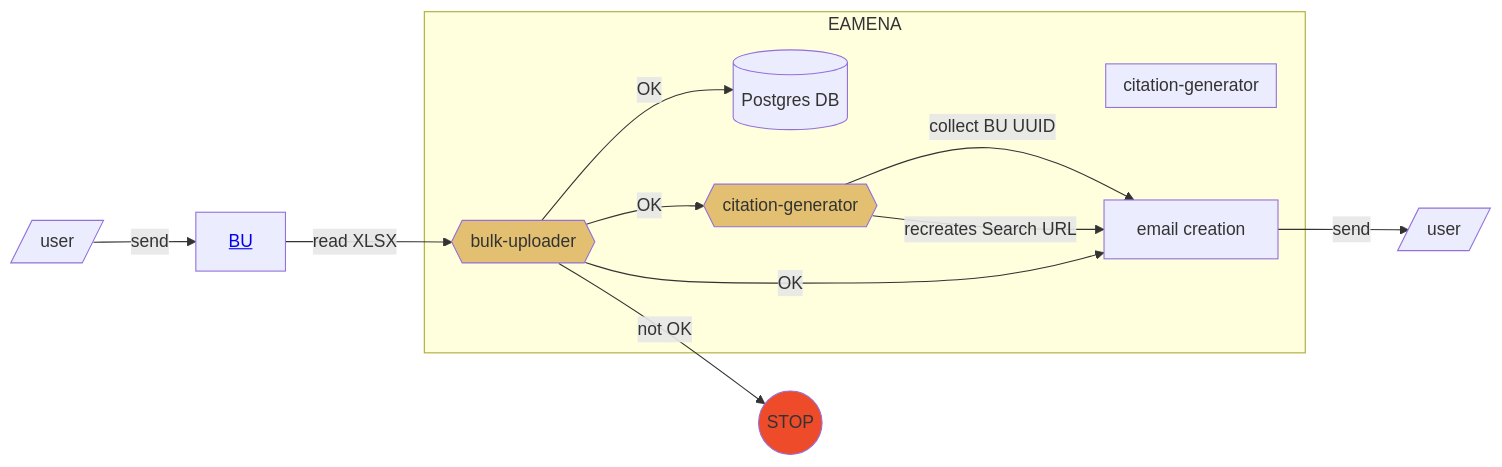
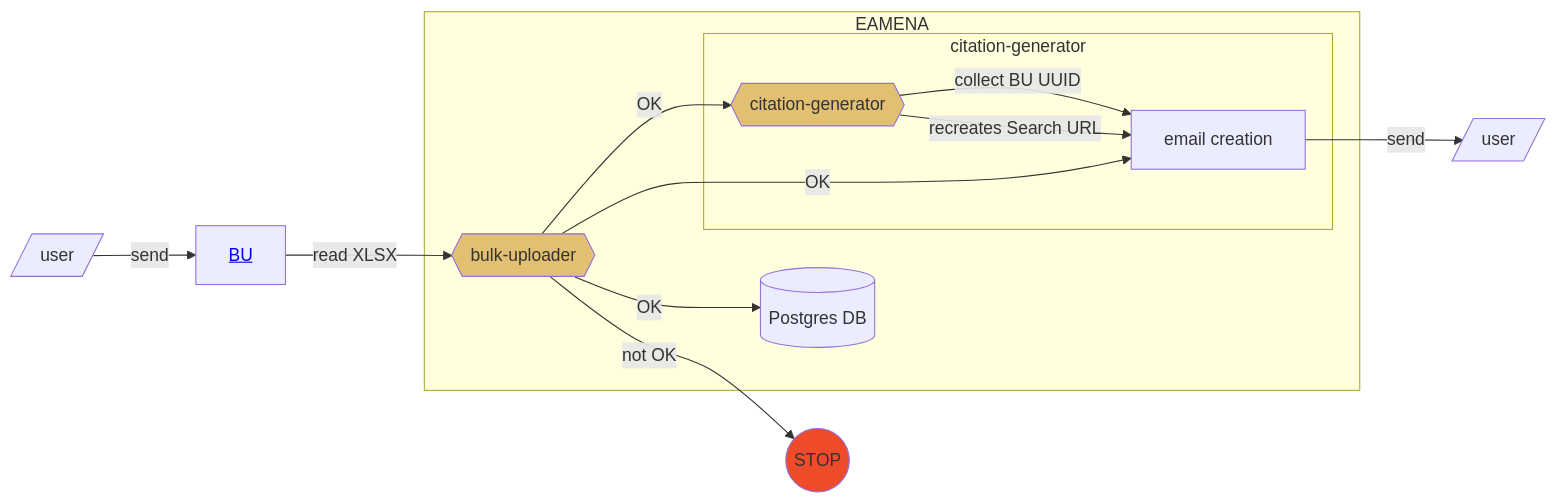
Before and after one commit to eamena-project/eamena-arches-dev: the first of 2 diagrams in data/bibref/README.md, drawn with Mermaid. The commit also changed other lines of this file, not shown here.

````diff
--- a/data/bibref/README.md
+++ b/data/bibref/README.md
@@ -9,18 +9,18 @@
 ```mermaid
 flowchart LR
 	U[/user/] -- send --> A[<a href='https://github.com/eamena-project/eamena-arches-dev/blob/main/dbs/database.eamena/docs/notes/Arches%207%20Upgrade.md#splitchunk'>BU</a>]
 	A --read XLSX--> B{{bulk-uploader}}:::eamenaFunc;
 	subgraph EAMENA
 	B -- OK --> C[(Postgres DB)];
 	B -- OK --> E{{citation-generator}}:::eamenaFunc;
 		subgraph citation-generator
-		end
 		E -- collect BU UUID --> H[email creation];
 		E -- recreates Search URL --> H;
+		end
 	end
 	B -- OK --> H
 	H -- send --> I[/user/];
 	B -- not OK --> D((STOP)):::stop;
 	classDef eamenaFunc fill:#e3c071;
 	classDef stop fill:#EE4B2B;
 ```
````
